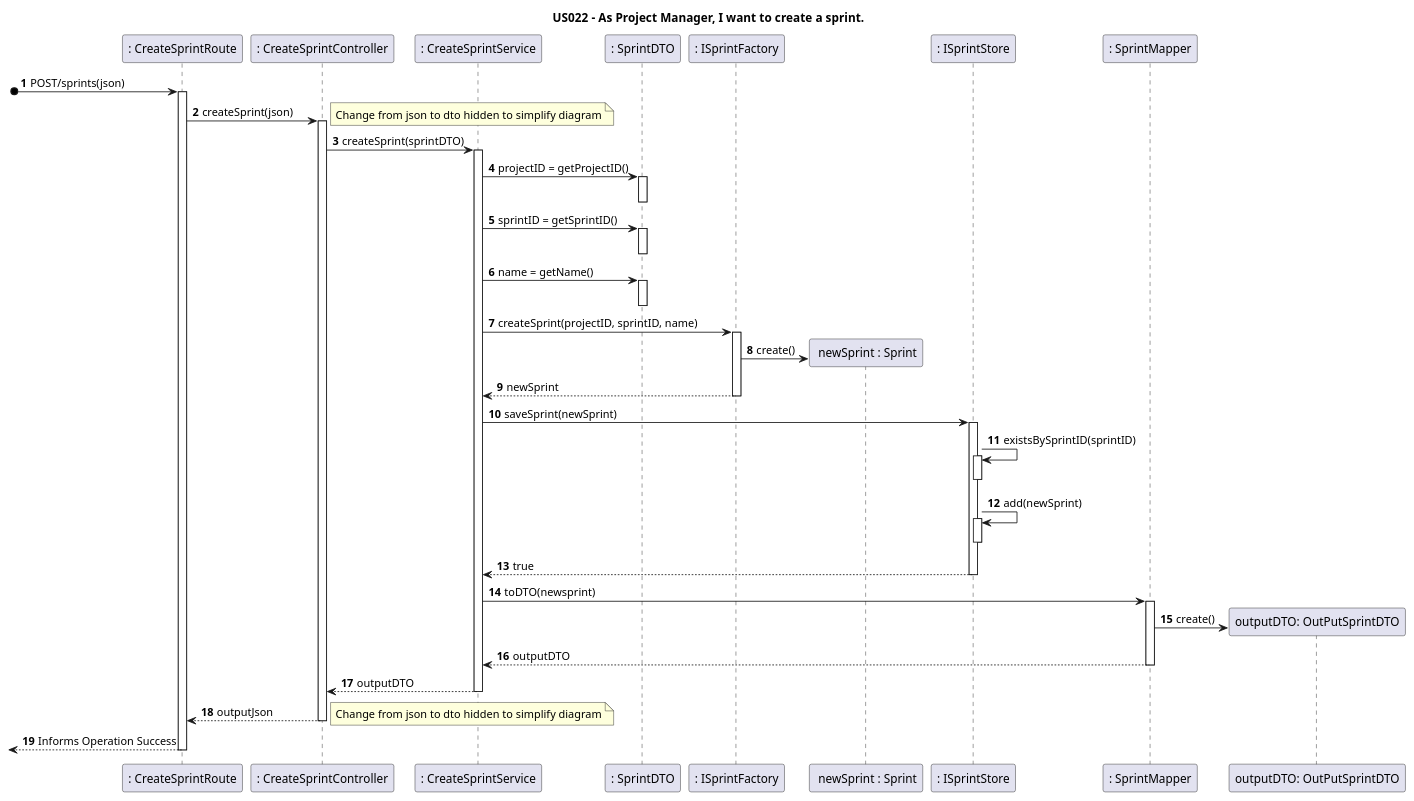
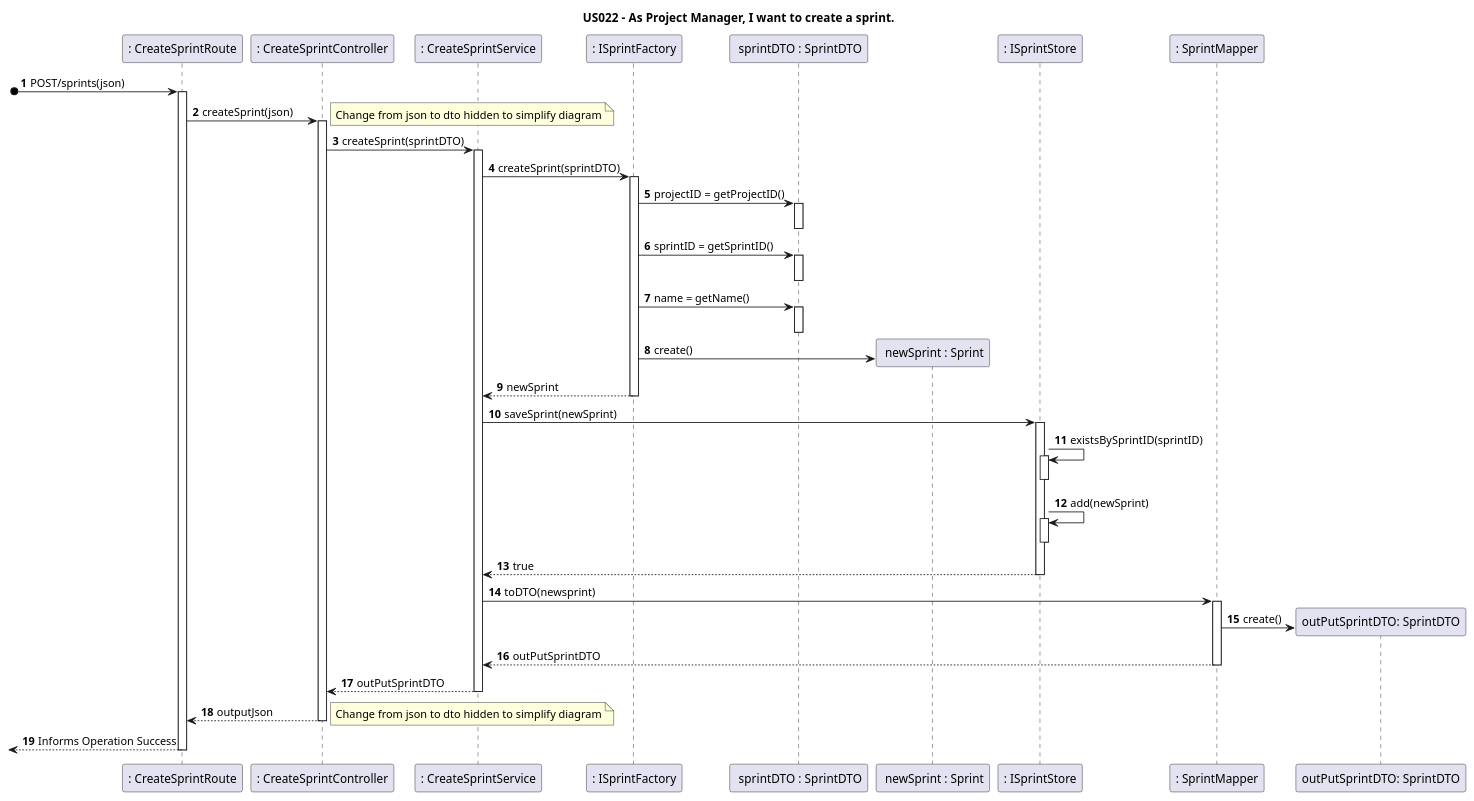
Before and after one commit to nunogon1211787/projectManagement: the diagram in docs/Sprint2/US022/US022-SD-Reengenharia.puml, drawn with PlantUML. The commit also changed 29 other files, not shown here.

Commit message:
US022 - Refactor SD, SSD, CD, excerpt MD | Include DTO, Mapper, Factory and Service (addresses #147) Refactoring : Sprint Aggregate : evaluation of the sprint methods (addresses #119)

```diff
--- a/docs/Sprint2/US022/US022-SD-Reengenharia.puml
+++ b/docs/Sprint2/US022/US022-SD-Reengenharia.puml
@@ -1,49 +1,49 @@
 @startuml
 
 title US022 - As Project Manager, I want to create a sprint.
 
 autoactivate on
 autonumber
 
 participant ": CreateSprintRoute" as UI
 participant ": CreateSprintController" as Ctrl
 participant ": CreateSprintService" as createSprintService
-participant ": SprintDTO" as sprintDTO
 participant ": ISprintFactory" as sprintFactory
+participant " sprintDTO : SprintDTO" as sprintDTO
 participant " newSprint : Sprint" as sprint
 participant ": ISprintStore" as sprintStore
 participant ": SprintMapper" as sprintMapper
-participant "outputDTO: OutPutSprintDTO" as outputDTO
+participant "outPutSprintDTO: SprintDTO" as outPutSprintDTO
 
 
 [o-> UI: POST/sprints(json)
 UI -> Ctrl: createSprint(json)
 note right
 Change from json to dto hidden to simplify diagram
 end note
 Ctrl -> createSprintService: createSprint(sprintDTO)
-createSprintService -> sprintDTO: projectID = getProjectID()
+createSprintService -> sprintFactory: createSprint(sprintDTO)
+sprintFactory -> sprintDTO: projectID = getProjectID()
 deactivate
-createSprintService -> sprintDTO: sprintID = getSprintID()
+sprintFactory -> sprintDTO: sprintID = getSprintID()
 deactivate
-createSprintService -> sprintDTO: name = getName()
+sprintFactory -> sprintDTO: name = getName()
 deactivate
-createSprintService -> sprintFactory: createSprint(projectID, sprintID, name)
 sprintFactory -> sprint**: create()
 sprintFactory --> createSprintService: newSprint
 createSprintService -> sprintStore: saveSprint(newSprint)
 sprintStore -> sprintStore: existsBySprintID(sprintID)
 deactivate
 sprintStore -> sprintStore: add(newSprint)
 deactivate
 sprintStore --> createSprintService: true
 createSprintService -> sprintMapper: toDTO(newsprint)
-sprintMapper -> outputDTO**: create()
-sprintMapper --> createSprintService: outputDTO
-createSprintService --> Ctrl: outputDTO
+sprintMapper -> outPutSprintDTO**: create()
+sprintMapper --> createSprintService: outPutSprintDTO
+createSprintService --> Ctrl: outPutSprintDTO
 Ctrl --> UI: outputJson
 note right
 Change from json to dto hidden to simplify diagram
 end note
 [<--UI : Informs Operation Success
 @enduml
```
